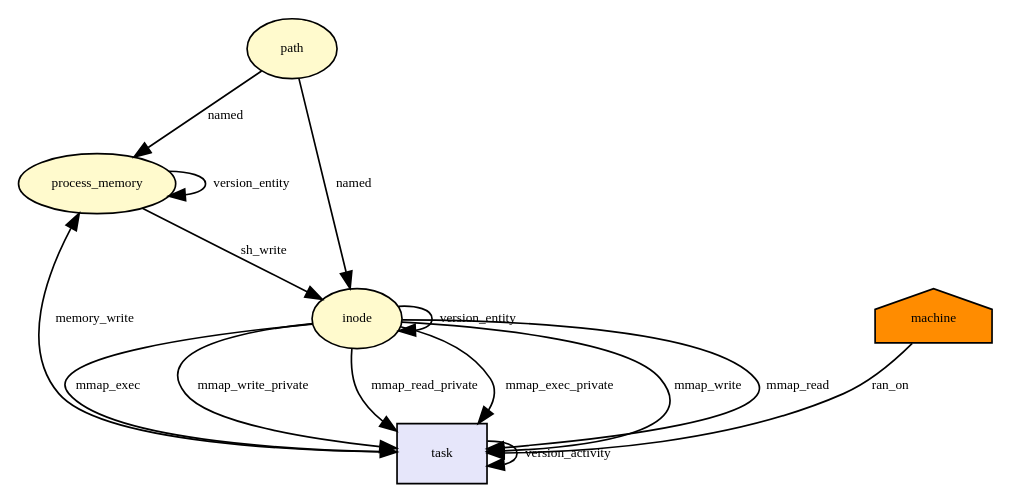
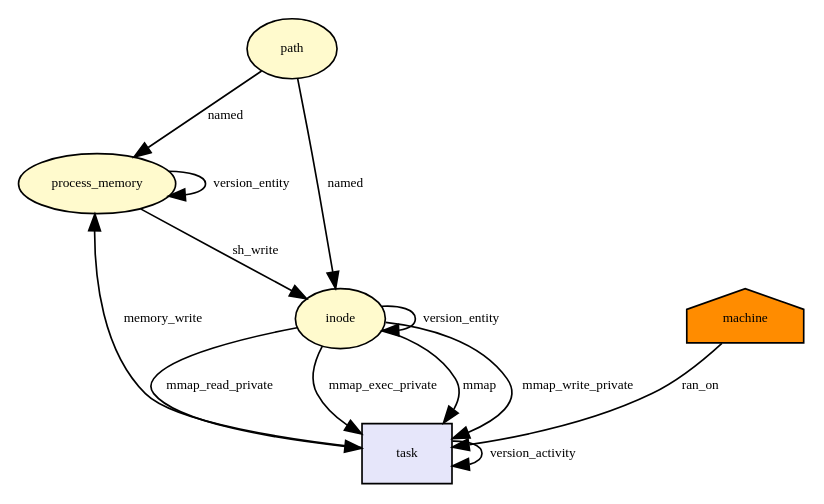
One commit to CamFlow/camflow-dev changed the diagram in docs/dot/mmap_file.dot. Above: the diagram before and after it, drawn with Graphviz. The commit also changed 10 other files, not shown here.

Commit message:
RL_MMAP_READ, RL_MMAP_EXEC, RL_MMAP_WRITE -> RL_MMAP

```diff
--- a/docs/dot/mmap_file.dot
+++ b/docs/dot/mmap_file.dot
@@ -1,39 +1,35 @@
 digraph RGL__DirectedAdjacencyGraph {path[fontsize = 8,label = path,shape = ellipse, fillcolor="#fffacd", style = filled]
 
 process_memory[fontsize = 8,label = process_memory,shape = ellipse, fillcolor="#fffacd", style = filled]
 
 path -> process_memory[fontsize = 8,label = named]
 
 machine[fontsize = 8,label = machine,shape = house, fillcolor="#ff8c00", style = filled]
 
 task[fontsize = 8,label = task,shape = rectangle, fillcolor="#e6e6fa", style = filled]
 
 machine -> task[fontsize = 8,label = ran_on]
 
 inode[fontsize = 8,label = inode,shape = ellipse, fillcolor="#fffacd", style = filled]
 
 path -> inode[fontsize = 8,label = named]
 
-inode -> task[fontsize = 8,label = mmap_write]
+inode -> task[fontsize = 8,label = mmap]
 
 task -> process_memory[fontsize = 8,label = memory_write]
 
 task -> task[fontsize = 8,label = version_activity]
 
 process_memory -> process_memory[fontsize = 8,label = version_entity]
 
 process_memory -> inode[fontsize = 8,label = sh_write]
 
 inode -> inode[fontsize = 8,label = version_entity]
 
-inode -> task[fontsize = 8,label = mmap_read]
-
-inode -> task[fontsize = 8,label = mmap_exec]
-
 inode -> task[fontsize = 8,label = mmap_write_private]
 
 inode -> task[fontsize = 8,label = mmap_read_private]
 
 inode -> task[fontsize = 8,label = mmap_exec_private]
 
 }
```
